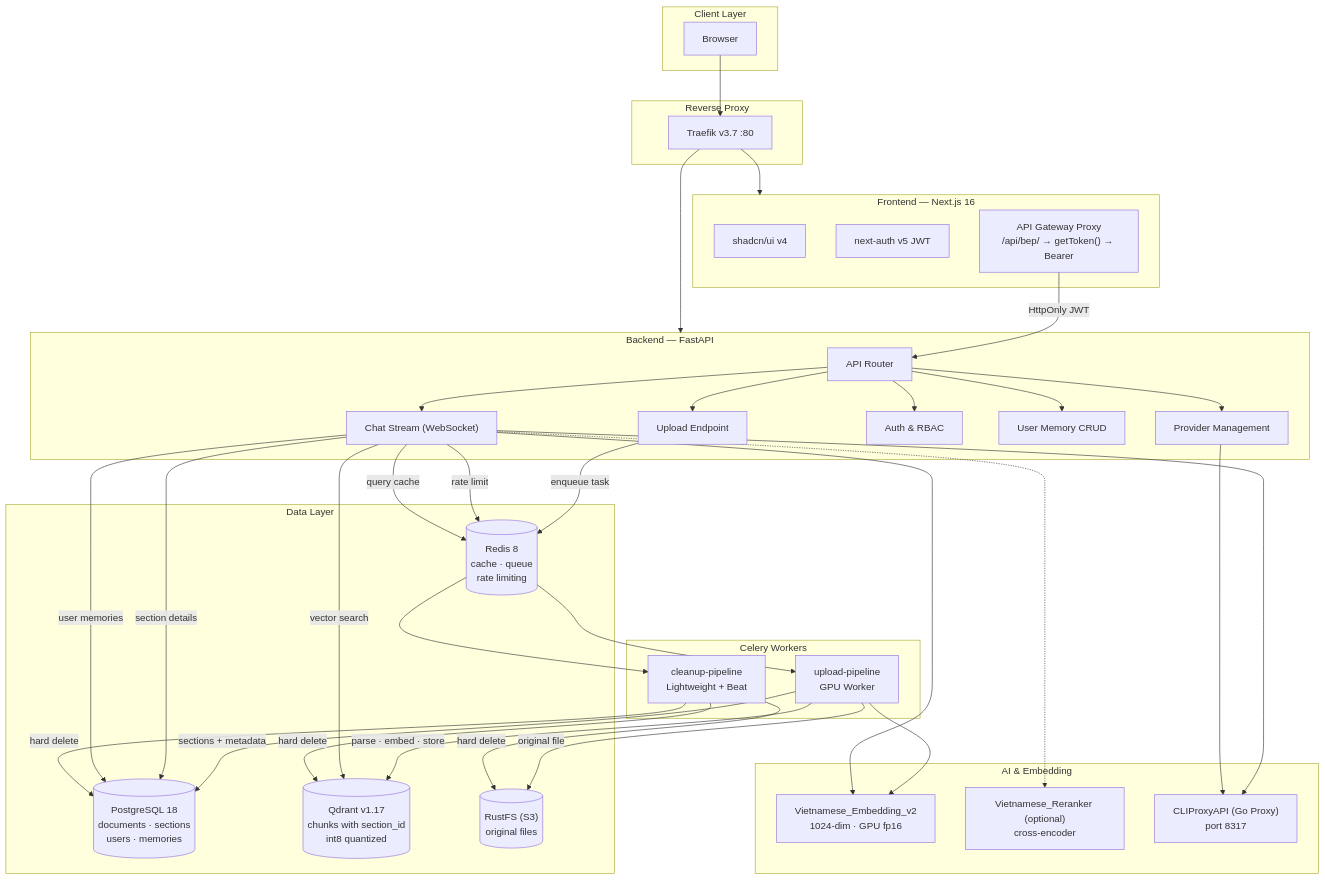
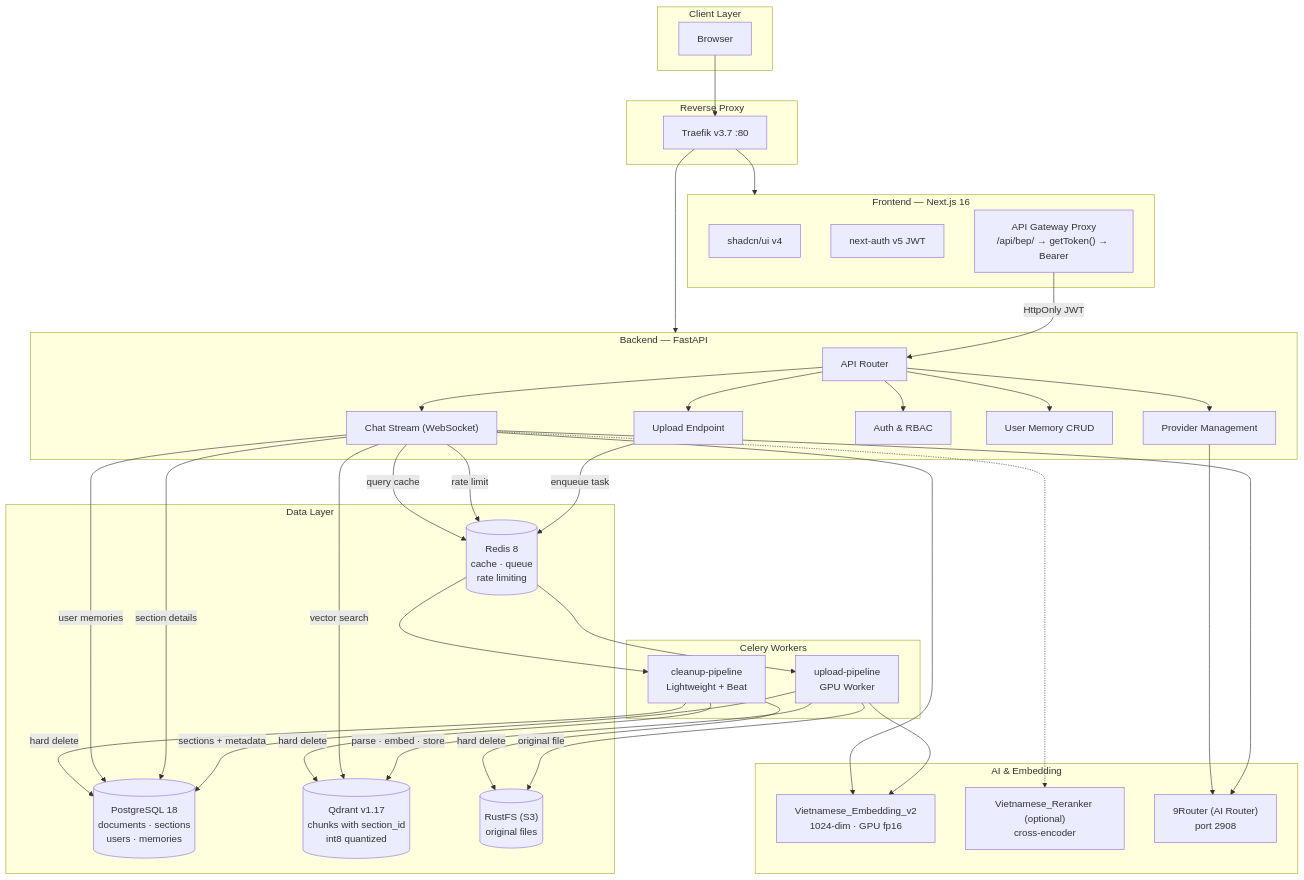
One commit to qtuanph/chatbot-rag changed the first of 5 diagrams in README.md. Above: the diagram before and after it, drawn with Mermaid. The commit also changed other lines of this file and 35 other files, not shown here.

````diff
--- a/README.md
+++ b/README.md
@@ -81,78 +81,78 @@
 ```mermaid
 graph TB
     subgraph Client["Client Layer"]
         Browser["Browser"]
     end
 
     subgraph Gateway["Reverse Proxy"]
         Traefik["Traefik v3.7 :80"]
     end
 
     subgraph Frontend["Frontend — Next.js 16"]
         UI["shadcn/ui v4"]
         Auth["next-auth v5 JWT"]
         Proxy["API Gateway Proxy<br/>/api/bep/ → getToken() → Bearer"]
     end
 
     subgraph Backend["Backend — FastAPI"]
         APIRouter["API Router"]
         ChatRoute["Chat Stream (WebSocket)"]
         UploadRoute["Upload Endpoint"]
         AuthRoute["Auth & RBAC"]
         MemoryRoute["User Memory CRUD"]
         AdminRoute["Provider Management"]
     end
 
     subgraph Workers["Celery Workers"]
         UploadWorker["upload-pipeline<br/>GPU Worker"]
         CleanupWorker["cleanup-pipeline<br/>Lightweight + Beat"]
     end
 
     subgraph Data["Data Layer"]
         PG[("PostgreSQL 18<br/>documents · sections<br/>users · memories")]
         Qdrant[("Qdrant v1.17<br/>chunks with section_id<br/>int8 quantized")]
         Redis[("Redis 8<br/>cache · queue<br/>rate limiting")]
         RustFS[("RustFS (S3)<br/>original files")]
     end
 
     subgraph AI["AI & Embedding"]
         Embedding["Vietnamese_Embedding_v2<br/>1024-dim · GPU fp16"]
         Reranker["Vietnamese_Reranker (optional)<br/>cross-encoder"]
-        AIProxy["CLIProxyAPI (Go Proxy)<br/>port 8317"]
+        AIProxy["9Router (AI Router)<br/>port 2908"]
     end
 
     Browser --> Traefik
     Traefik --> Frontend
     Traefik --> Backend
 
     Proxy -->|"HttpOnly JWT"| APIRouter
     APIRouter --> ChatRoute
     APIRouter --> UploadRoute
     APIRouter --> AuthRoute
     APIRouter --> MemoryRoute
     APIRouter --> AdminRoute
 
     UploadRoute -->|"enqueue task"| Redis
     Redis --> UploadWorker
     Redis --> CleanupWorker
 
     UploadWorker -->|"parse · embed · store"| Qdrant
     UploadWorker -->|"sections + metadata"| PG
     UploadWorker -->|"original file"| RustFS
     UploadWorker --> Embedding
 
     ChatRoute -->|"rate limit"| Redis
     ChatRoute -->|"query cache"| Redis
     ChatRoute -->|"vector search"| Qdrant
     ChatRoute -->|"section details"| PG
     ChatRoute --> AIProxy
     ChatRoute -->|"user memories"| PG
     ChatRoute --> Embedding
     ChatRoute -.-> Reranker
 
     AdminRoute --> AIProxy
 
     CleanupWorker -->|"hard delete"| Qdrant
     CleanupWorker -->|"hard delete"| RustFS
     CleanupWorker -->|"hard delete"| PG
 ```
````
